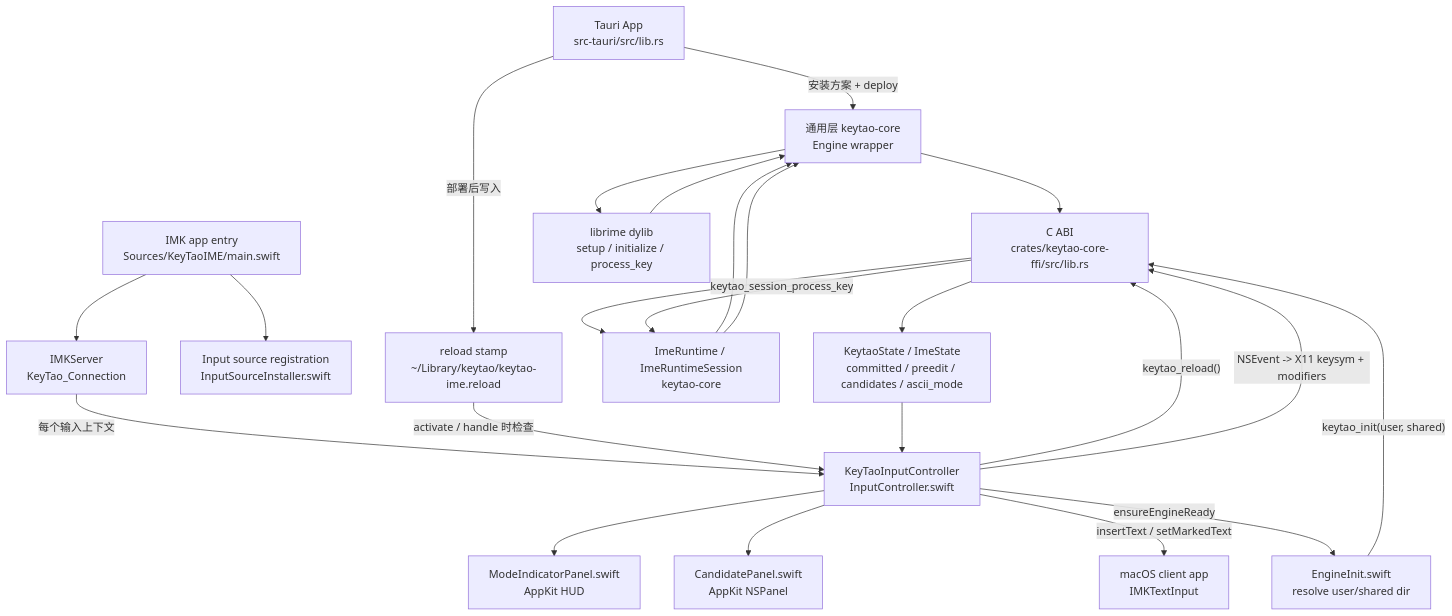
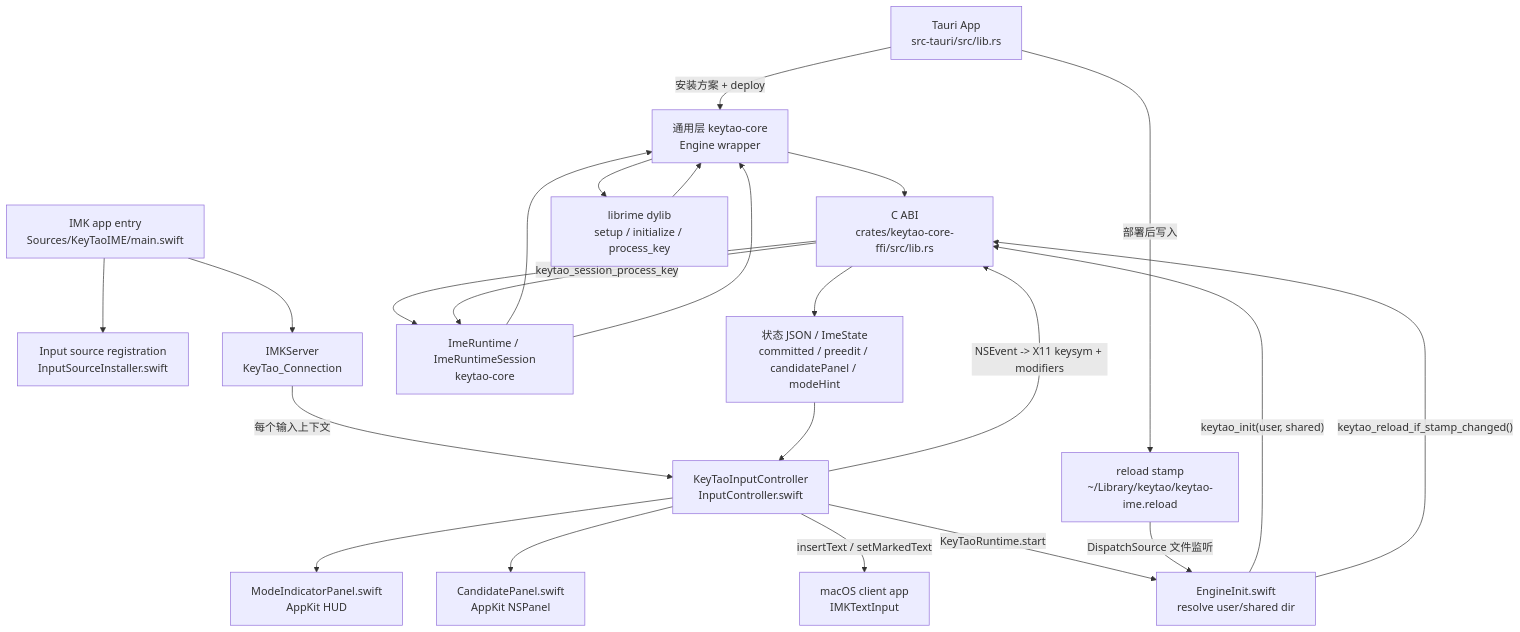
The diagram in crates/keytao-macos-ime/README.md (xkinput/keytao-app), drawn with Mermaid before and after one commit. The commit also changed other lines of this file and 16 other files, not shown here.

````diff
--- a/crates/keytao-macos-ime/README.md
+++ b/crates/keytao-macos-ime/README.md
@@ -35,41 +37,41 @@
 ```mermaid
 flowchart TD
     App["Tauri App<br/>src-tauri/src/lib.rs"]
     Stamp["reload stamp<br/>~/Library/keytao/keytao-ime.reload"]
     Main["IMK app entry<br/>Sources/KeyTaoIME/main.swift"]
     TIS["Input source registration<br/>InputSourceInstaller.swift"]
     IMK["IMKServer<br/>KeyTao_Connection"]
     Controller["KeyTaoInputController<br/>InputController.swift"]
     EngineInit["EngineInit.swift<br/>resolve user/shared dir"]
     FFI["C ABI<br/>crates/keytao-core-ffi/src/lib.rs"]
     Runtime["ImeRuntime / ImeRuntimeSession<br/>keytao-core"]
     Core["通用层 keytao-core<br/>Engine wrapper"]
     Librime["librime dylib<br/>setup / initialize / process_key"]
-    State["KeytaoState / ImeState<br/>committed / preedit / candidates / ascii_mode"]
+    State["状态 JSON / ImeState<br/>committed / preedit / candidatePanel / modeHint"]
     CandidatePanel["CandidatePanel.swift<br/>AppKit NSPanel"]
     ModeHint["ModeIndicatorPanel.swift<br/>AppKit HUD"]
     Client["macOS client app<br/>IMKTextInput"]
 
     App -->|"安装方案 + deploy"| Core
     App -->|"部署后写入"| Stamp
     Main --> TIS
     Main --> IMK
     IMK -->|"每个输入上下文"| Controller
-    Controller -->|"ensureEngineReady"| EngineInit
+    Controller -->|"KeyTaoRuntime.start"| EngineInit
     EngineInit -->|"keytao_init(user, shared)"| FFI
     FFI --> Runtime
     Runtime --> Core
     Core --> Librime
-    Stamp -->|"activate / handle 时检查"| Controller
-    Controller -->|"keytao_reload()"| FFI
+    Stamp -->|"DispatchSource 文件监听"| EngineInit
+    EngineInit -->|"keytao_reload_if_stamp_changed()"| FFI
     Controller -->|"NSEvent -> X11 keysym + modifiers"| FFI
     FFI -->|"keytao_session_process_key"| Runtime
     Runtime --> Core
     Librime --> Core
     Core --> FFI
     FFI --> State
     State --> Controller
     Controller -->|"insertText / setMarkedText"| Client
     Controller --> CandidatePanel
     Controller --> ModeHint
 ```
````
